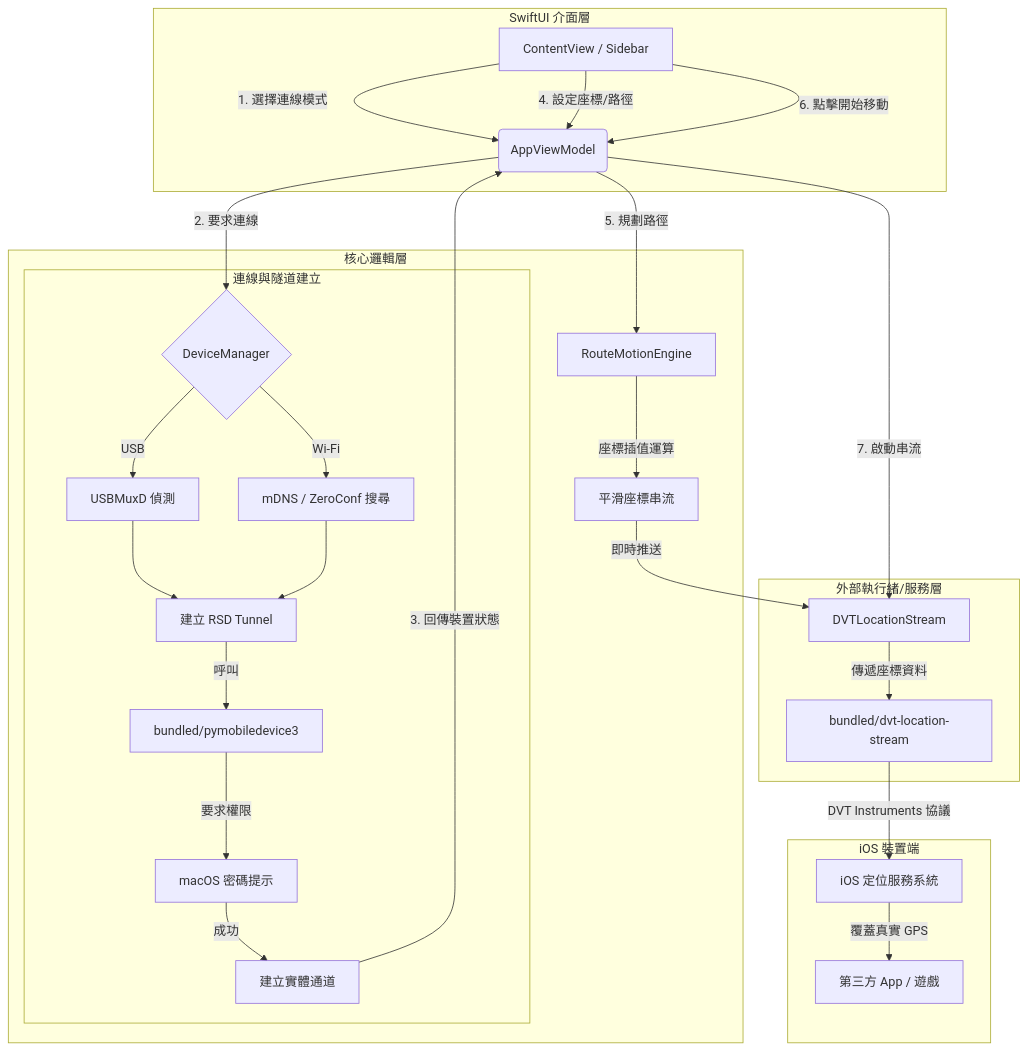
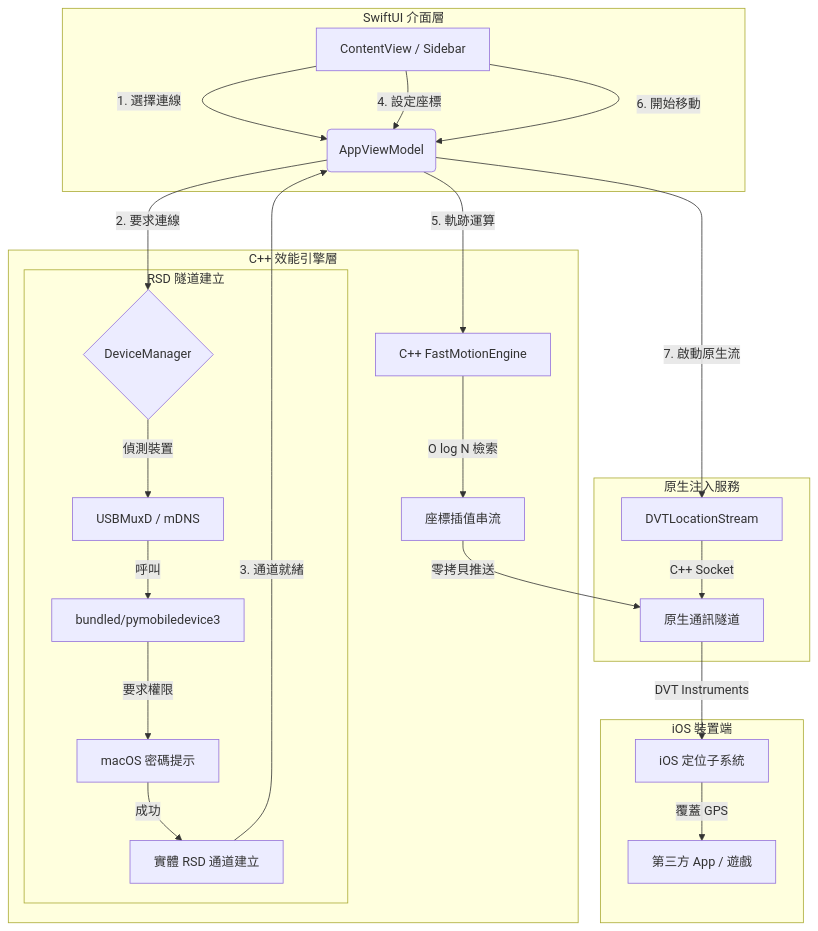
Before and after one commit to yusenhan/flyflyfly: the diagram in README.md, drawn with Mermaid. The commit also changed other lines of this file and 1 other file, not shown here.

````diff
--- a/README.md
+++ b/README.md
@@ -50,37 +43,35 @@
 ```mermaid
 graph TD
     %% 角色定義
     subgraph UI_Layer [SwiftUI 介面層]
-        A[ContentView / Sidebar] -->|1. 選擇連線模式| B(AppViewModel)
-        A -->|4. 設定座標/路徑| B
-        A -->|6. 點擊開始移動| B
+        A[ContentView / Sidebar] -->|1. 選擇連線| B(AppViewModel)
+        A -->|4. 設定座標| B
+        A -->|6. 開始移動| B
     end
 
-    subgraph Logic_Layer [核心邏輯層]
+    subgraph Logic_Layer [C++ 效能引擎層]
         B -->|2. 要求連線| C{DeviceManager}
         
-        subgraph Connection_Process [連線與隧道建立]
-            C -->|USB| D[USBMuxD 偵測]
-            C -->|Wi-Fi| E[mDNS / ZeroConf 搜尋]
-            D & E --> F[建立 RSD Tunnel]
-            F -->|呼叫| G[bundled/pymobiledevice3]
+        subgraph Connection_Process [RSD 隧道建立]
+            C -->|偵測裝置| D[USBMuxD / mDNS]
+            D -->|呼叫| G[bundled/pymobiledevice3]
             G -->|要求權限| H[macOS 密碼提示]
-            H -->|成功| I[建立實體通道]
+            H -->|成功| I[實體 RSD 通道建立]
         end
 
-        B -->|5. 規劃路徑| J[RouteMotionEngine]
-        J -->|座標插值運算| K[平滑座標串流]
+        B -->|5. 軌跡運算| J[C++ FastMotionEngine]
+        J -->|O log N 檢索| K[座標插值串流]
     end
 
-    subgraph Service_Layer [外部執行緒/服務層]
-        I -->|3. 回傳裝置狀態| B
-        B -->|7. 啟動串流| L[DVTLocationStream]
-        L -->|傳遞座標資料| M[bundled/dvt-location-stream]
-        K -->|即時推送| L
+    subgraph Native_Service [原生注入服務]
+        I -->|3. 通道就緒| B
+        B -->|7. 啟動原生流| L[DVTLocationStream]
+        L -->|C++ Socket| M[原生通訊隧道]
+        K -->|零拷貝推送| M
     end
 
     subgraph iOS_Device [iOS 裝置端]
-        M -->|DVT Instruments 協議| N[iOS 定位服務系統]
-        N -->|覆蓋真實 GPS| O[第三方 App / 遊戲]
+        M -->|DVT Instruments| N[iOS 定位子系統]
+        N -->|覆蓋 GPS| O[第三方 App / 遊戲]
     end
 ```
````
